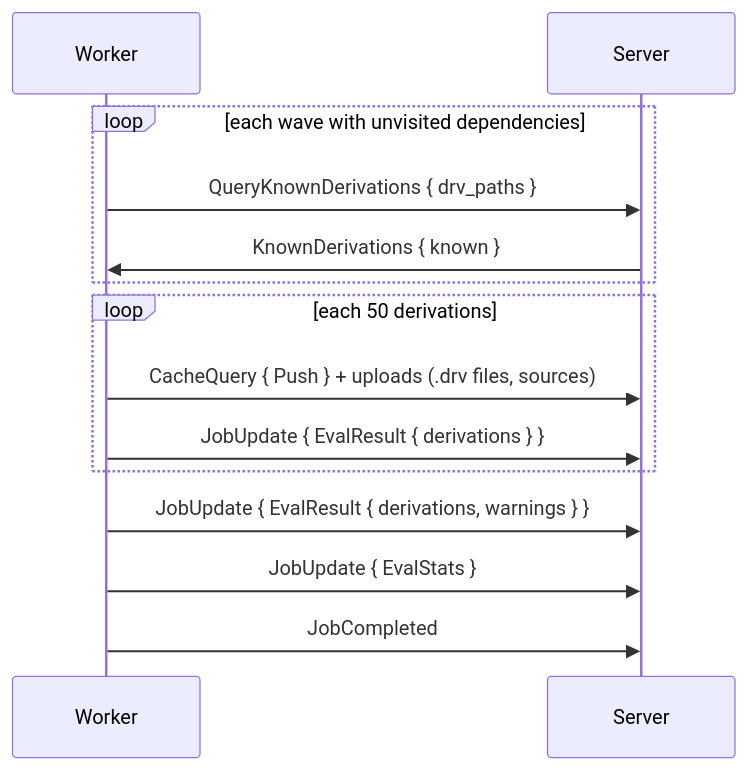
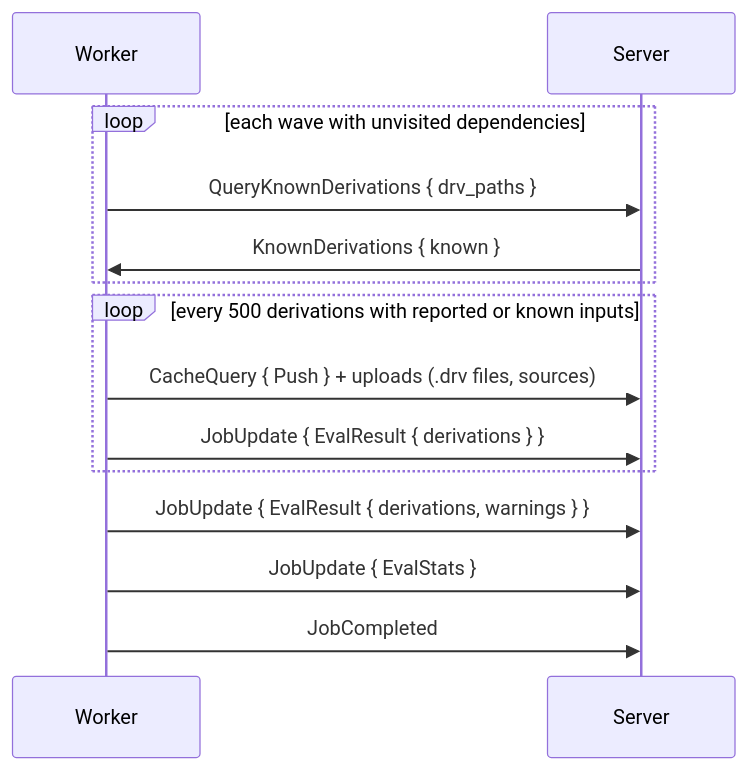
One commit to wavelens/gradient changed the first of 2 diagrams in docs/src/contributors/proto/jobs.md. Above: the diagram before and after it, drawn with Mermaid. The commit also changed other lines of this file and 3 other files, not shown here.

````diff
--- a/docs/src/contributors/proto/jobs.md
+++ b/docs/src/contributors/proto/jobs.md
@@ -65,16 +65,16 @@
 ```mermaid
 sequenceDiagram
     participant W as Worker
     participant S as Server
     loop each wave with unvisited dependencies
         W->>S: QueryKnownDerivations { drv_paths }
         S->>W: KnownDerivations { known }
     end
-    loop each 50 derivations
+    loop every 500 derivations with reported or known inputs
         W->>S: CacheQuery { Push } + uploads (.drv files, sources)
         W->>S: JobUpdate { EvalResult { derivations } }
     end
     W->>S: JobUpdate { EvalResult { derivations, warnings } }
     W->>S: JobUpdate { EvalStats }
     W->>S: JobCompleted
 ```
````
